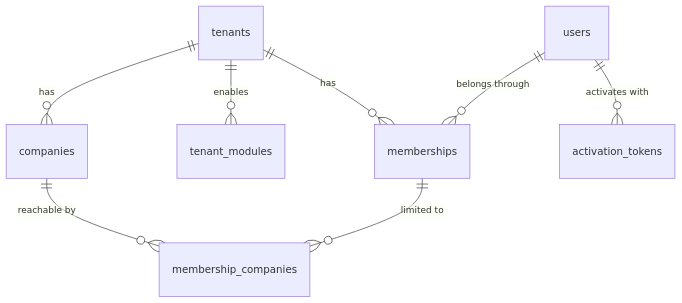
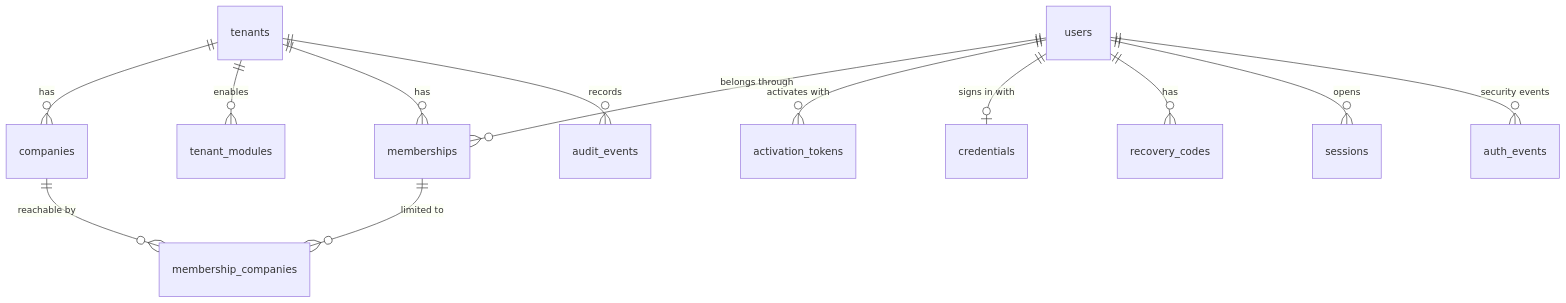
One commit to MicheleG14/mercurio changed the third of 6 diagrams in docs/architecture.md. Above: the diagram before and after it, drawn with Mermaid. The commit also changed other lines of this file and 13 other files, not shown here.

First line of the commit message:
docs: document sign-in, sessions, authorization and the audit log

````diff
--- a/docs/architecture.md
+++ b/docs/architecture.md
@@ -89,10 +89,15 @@
 ```mermaid
 erDiagram
     tenants ||--o{ companies : has
     tenants ||--o{ tenant_modules : enables
     tenants ||--o{ memberships : has
     users ||--o{ memberships : "belongs through"
     memberships ||--o{ membership_companies : "limited to"
     companies ||--o{ membership_companies : "reachable by"
     users ||--o{ activation_tokens : "activates with"
+    users ||--o| credentials : "signs in with"
+    users ||--o{ recovery_codes : has
+    users ||--o{ sessions : opens
+    users ||--o{ auth_events : "security events"
+    tenants ||--o{ audit_events : records
 ```
````
